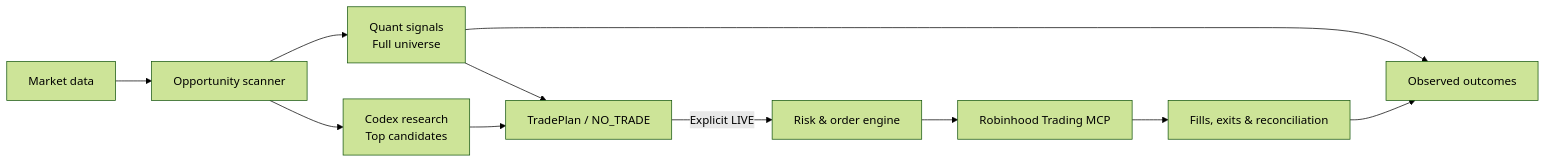
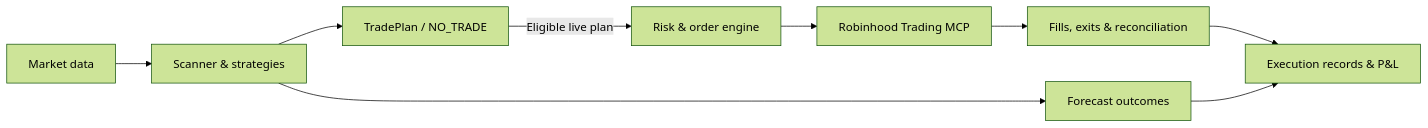
Before and after one commit to danielye0010/TradeAgent: the diagram in README.md, drawn with Mermaid (forest theme). The commit also changed other lines of this file, not shown here.

Commit message:
Refocus README on quantitative trading and execution

````diff
--- a/README.md
+++ b/README.md
@@ -26,13 +27,11 @@
 ```mermaid
 flowchart LR
-    M[Market data] --> S[Opportunity scanner]
-    S --> Q[Quant signals<br/>Full universe]
-    S --> C[Codex research<br/>Top candidates]
-    Q --> P[TradePlan / NO_TRADE]
-    C --> P
-    Q --> O[Observed outcomes]
-    P -->|Explicit LIVE| R[Risk & order engine]
-    R --> B[Robinhood Trading MCP]
-    B --> X[Fills, exits & reconciliation]
-    X --> O
+    A[Market data] --> B[Scanner & strategies]
+    B --> C[TradePlan / NO_TRADE]
+    B --> D[Forecast outcomes]
+    C -->|Eligible live plan| E[Risk & order engine]
+    E --> F[Robinhood Trading MCP]
+    F --> G[Fills, exits & reconciliation]
+    G --> H[Execution records & P&L]
+    D --> H
 ```
````
